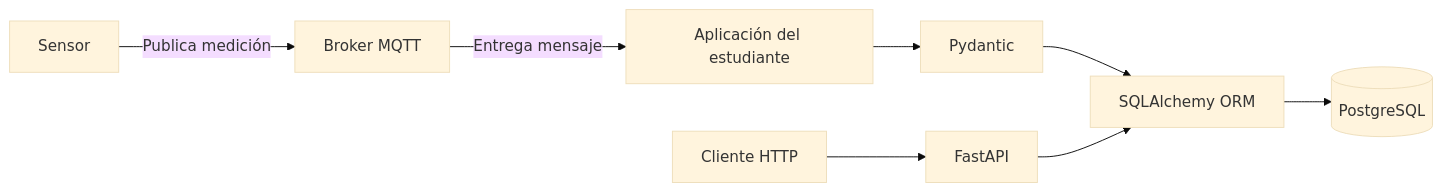
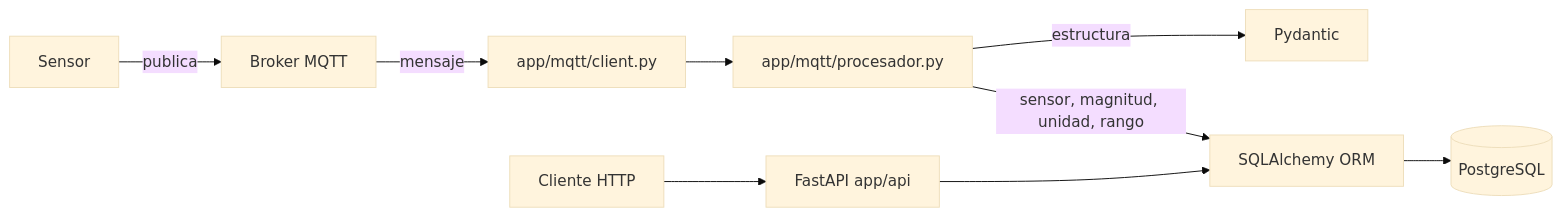
The diagram in README.md (Emaorp/AppsYServicios), drawn with Mermaid (base theme) before and after one commit. The commit also changed other lines of this file and 4 other files, not shown here.

````diff
--- a/README.md
+++ b/README.md
@@ -54,10 +32,11 @@
 ```mermaid
 flowchart LR
-    A[Sensor] -->|Publica medición| B[Broker MQTT]
-    B -->|Entrega mensaje| C[Aplicación del estudiante]
-    C --> D[Pydantic]
-    D --> E[SQLAlchemy ORM]
-    E --> F[(PostgreSQL)]
-    G[Cliente HTTP] --> H[FastAPI]
-    H --> E
+    A[Sensor] -->|publica| B[Broker MQTT]
+    B -->|mensaje| C[app/mqtt/client.py]
+    C --> D[app/mqtt/procesador.py]
+    D -->|estructura| E[Pydantic]
+    D -->|sensor, magnitud, unidad, rango| F[SQLAlchemy ORM]
+    F --> G[(PostgreSQL)]
+    H[Cliente HTTP] --> I[FastAPI app/api]
+    I --> F
 ```
````
